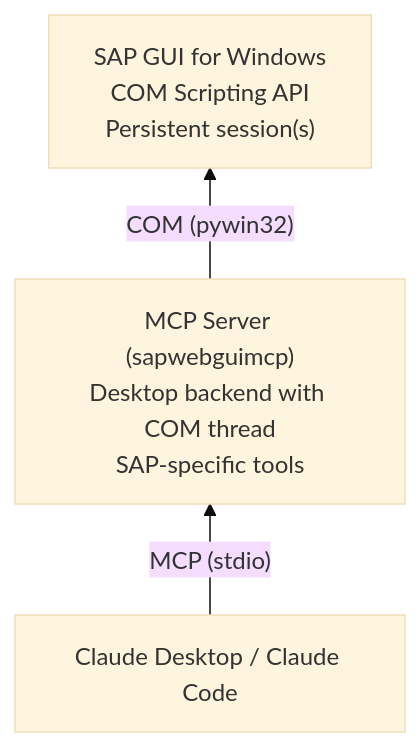
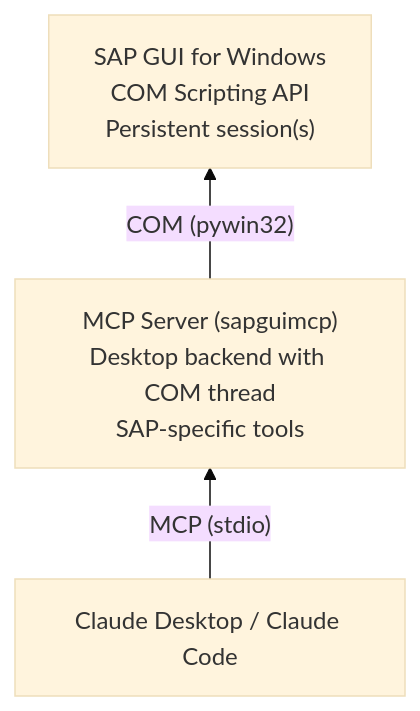
Before and after one commit to Hochfrequenz/sapgui.mcp: the second of 2 diagrams in README.md, drawn with Mermaid (base theme). The commit also changed other lines of this file and 508 other files, not shown here.

````diff
--- a/README.md
+++ b/README.md
@@ -864,9 +864,9 @@
 ```mermaid
 graph BT
     Claude["Claude Desktop / Claude Code"]
-    MCP["MCP Server (sapwebguimcp)\nDesktop backend with COM thread\nSAP-specific tools"]
+    MCP["MCP Server (sapguimcp)\nDesktop backend with COM thread\nSAP-specific tools"]
     SAP["SAP GUI for Windows\nCOM Scripting API\nPersistent session(s)"]
 
     Claude -- "MCP (stdio)" --> MCP
     MCP -- "COM (pywin32)" --> SAP
 ```
````
